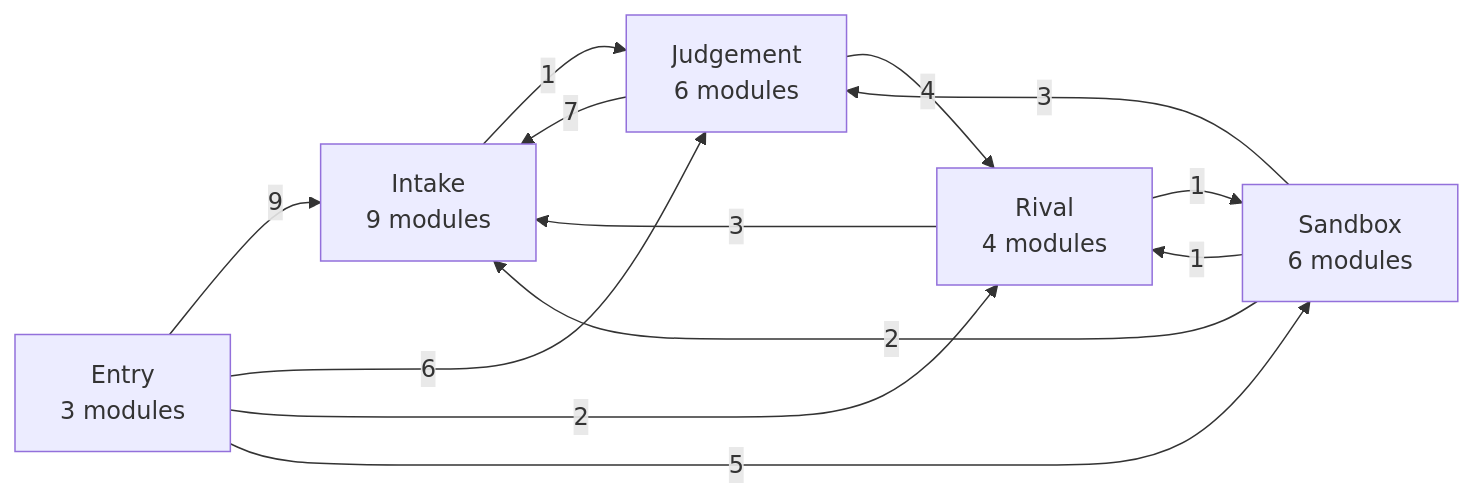
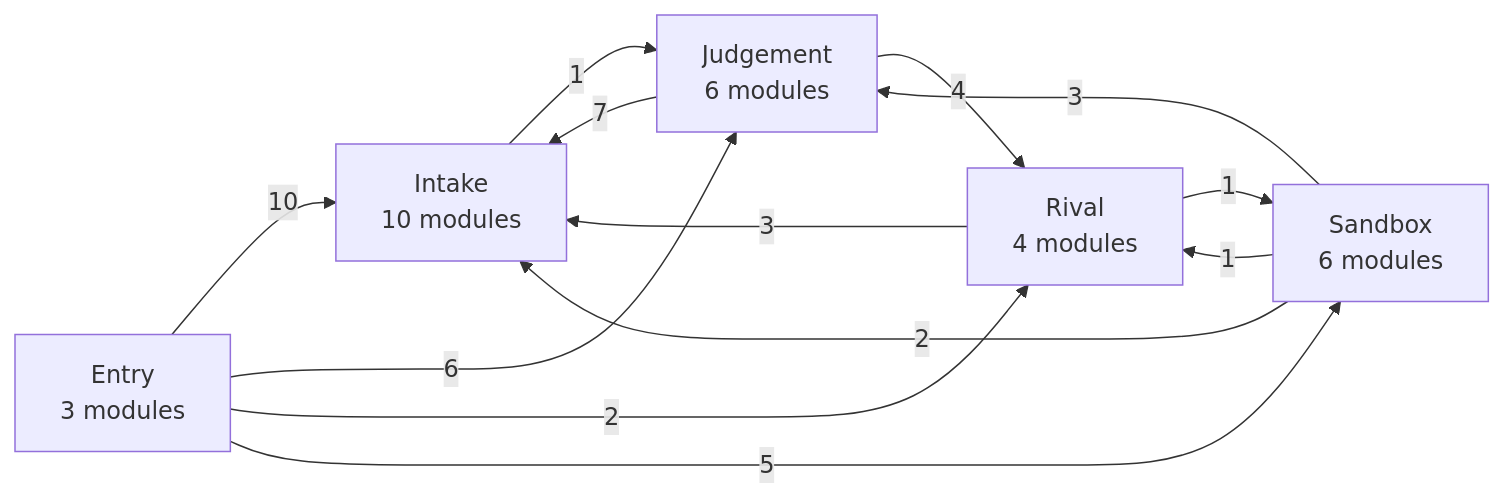
The second of 8 diagrams in docs/harita.md (Okan-wqm/snowball-mcp), drawn with Mermaid before and after one commit. The commit also changed other lines of this file and 2 other files, not shown here.

````diff
--- a/docs/harita.md
+++ b/docs/harita.md
@@ -85,20 +85,20 @@
 ```mermaid
 flowchart LR
   a_Entry["Entry<br/>3 modules"]
-  a_Intake["Intake<br/>9 modules"]
+  a_Intake["Intake<br/>10 modules"]
   a_Sandbox["Sandbox<br/>6 modules"]
   a_Rival["Rival<br/>4 modules"]
   a_Judgement["Judgement<br/>6 modules"]
-  a_Entry -->|9| a_Intake
+  a_Entry -->|10| a_Intake
   a_Entry -->|6| a_Judgement
   a_Entry -->|2| a_Rival
   a_Entry -->|5| a_Sandbox
   a_Intake -->|1| a_Judgement
   a_Judgement -->|7| a_Intake
   a_Judgement -->|4| a_Rival
   a_Rival -->|3| a_Intake
   a_Rival -->|1| a_Sandbox
   a_Sandbox -->|2| a_Intake
   a_Sandbox -->|3| a_Judgement
   a_Sandbox -->|1| a_Rival
 ```
````
